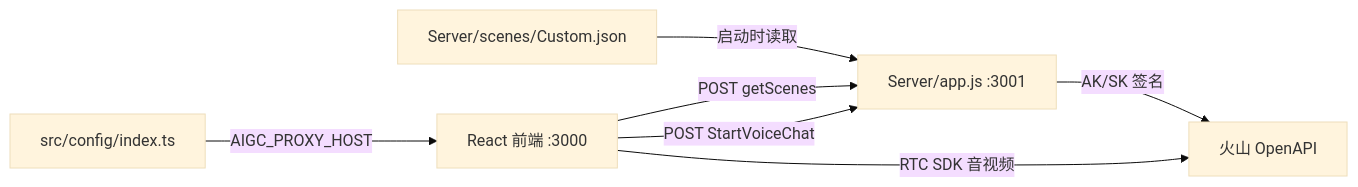
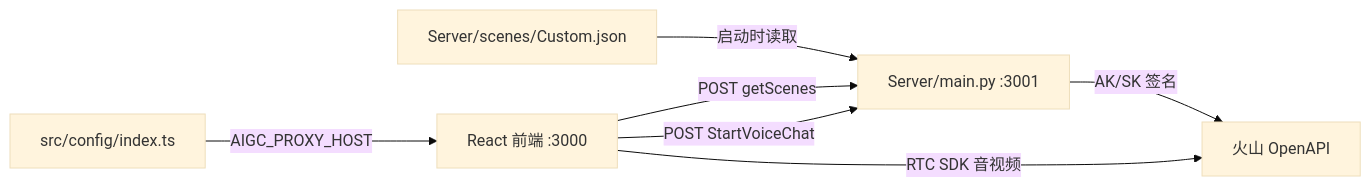
The diagram in doc/01-配置说明.md (lixiaoqiang1/ark_aigc_demo-main), drawn with Mermaid (base theme) before and after one commit. The commit also changed other lines of this file and 14 other files, not shown here.

````diff
--- a/doc/01-配置说明.md
+++ b/doc/01-配置说明.md
@@ -192,15 +192,15 @@
 ```mermaid
 flowchart LR
     JSON["Server/scenes/Custom.json"]
-    Node["Server/app.js :3001"]
+    Py["Server/main.py :3001"]
     Config["src/config/index.ts"]
     FE["React 前端 :3000"]
     Volc["火山 OpenAPI"]
 
-    JSON -->|启动时读取| Node
+    JSON -->|启动时读取| Py
     Config -->|AIGC_PROXY_HOST| FE
-    FE -->|POST getScenes| Node
-    FE -->|POST StartVoiceChat| Node
-    Node -->|AK/SK 签名| Volc
+    FE -->|POST getScenes| Py
+    FE -->|POST StartVoiceChat| Py
+    Py -->|AK/SK 签名| Volc
     FE -->|RTC SDK 音视频| Volc
 ```
````
